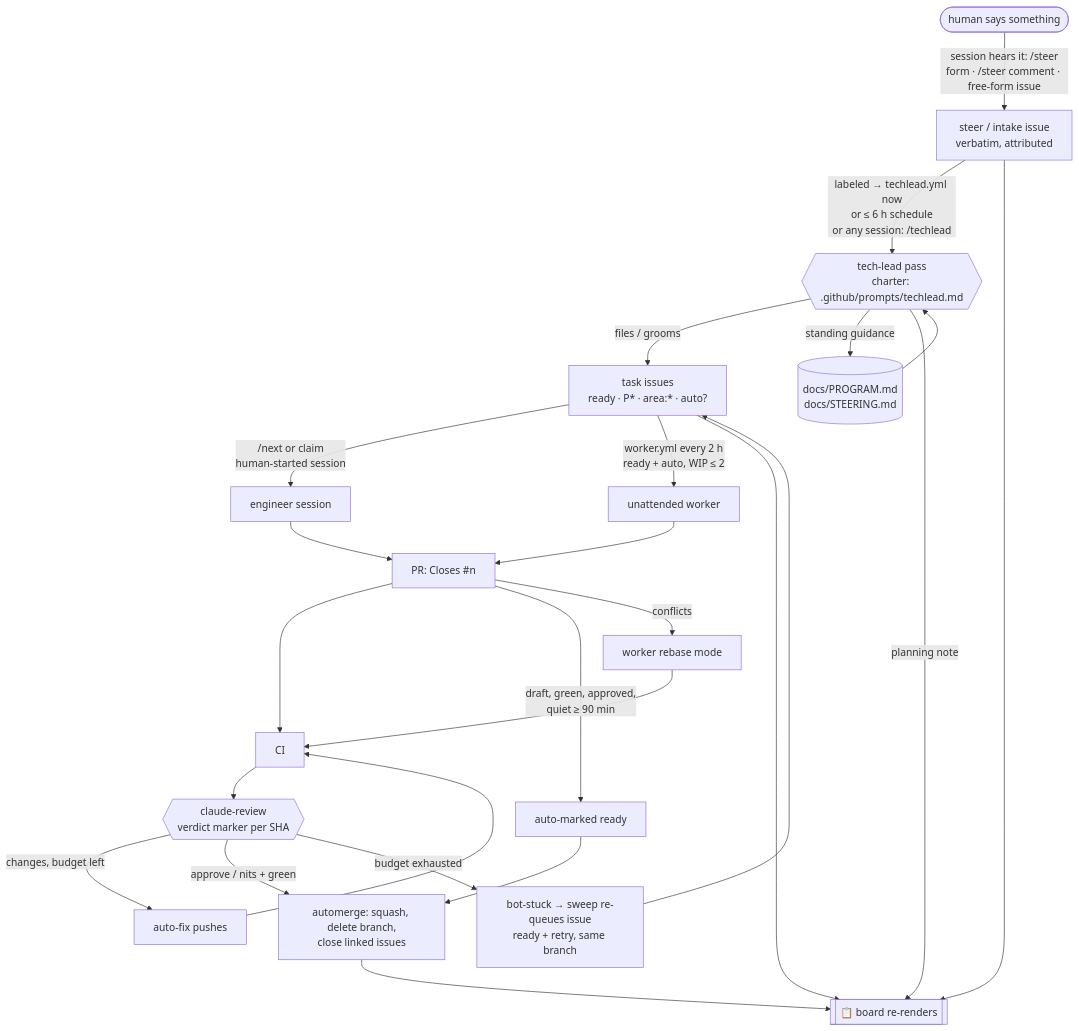
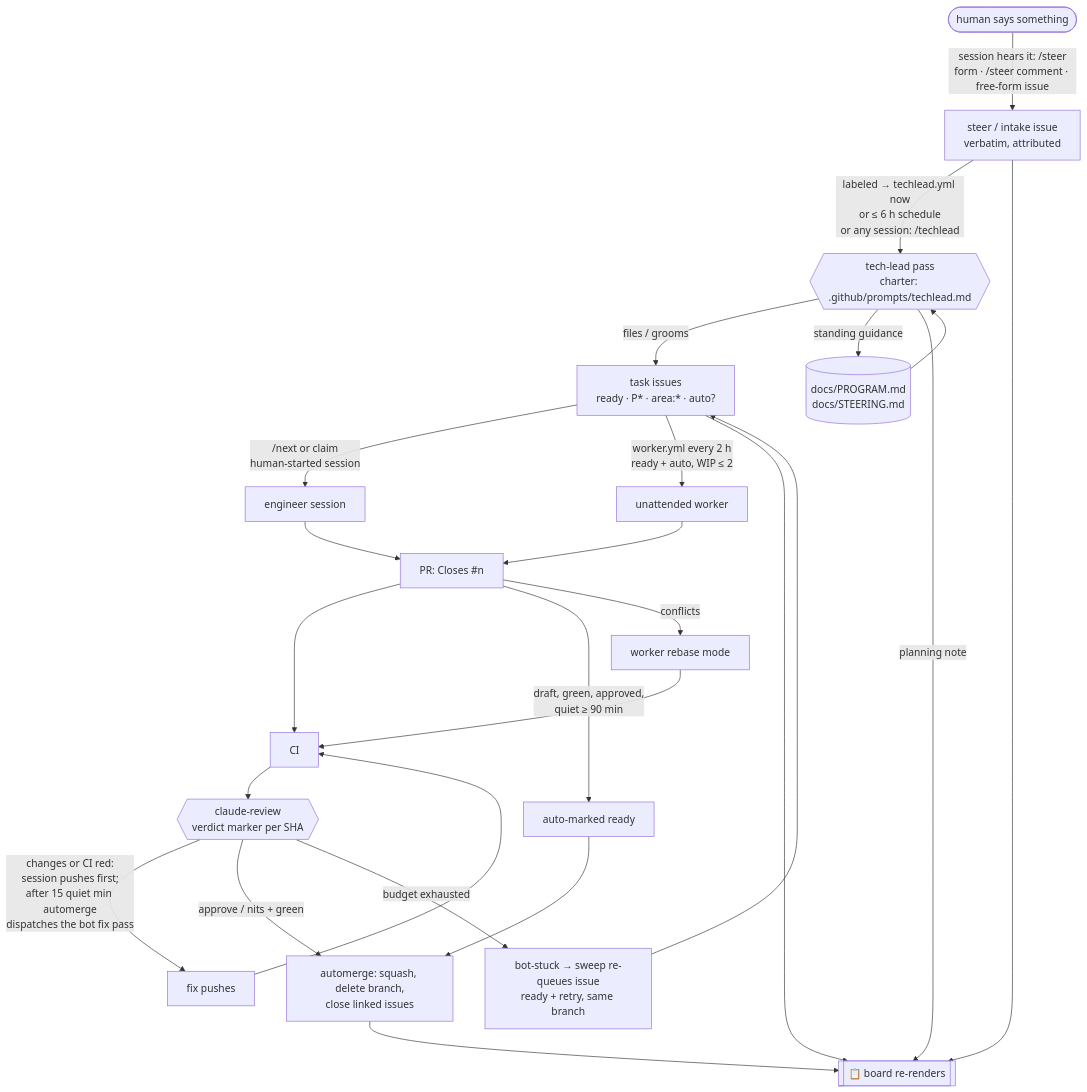
Before and after one commit to ckaragitz/tekton: the diagram in docs/process/AUTONOMY.md, drawn with Mermaid. The commit also changed other lines of this file and 8 other files, not shown here.

First line of the commit message:
Fix passes are dispatched after a grace window: a live session goes first, bots follow

````diff
--- a/docs/process/AUTONOMY.md
+++ b/docs/process/AUTONOMY.md
@@ -60,22 +60,22 @@
 ```mermaid
 flowchart TD
     H([human says something]) -->|session hears it: /steer<br/>form · /steer comment · free-form issue| S[steer / intake issue<br/>verbatim, attributed]
     S -->|labeled → techlead.yml now<br/>or ≤ 6 h schedule<br/>or any session: /techlead| T{{tech-lead pass<br/>charter: .github/prompts/techlead.md}}
     G[(docs/PROGRAM.md<br/>docs/STEERING.md)] --> T
     T -->|files / grooms| Q[task issues<br/>ready · P* · area:* · auto?]
     T -->|standing guidance| G
     T -->|planning note| B
     Q -->|/next or claim<br/>human-started session| E1[engineer session]
     Q -->|worker.yml every 2 h<br/>ready + auto, WIP ≤ 2| E2[unattended worker]
     E1 --> PR[PR: Closes #n]
     E2 --> PR
     PR --> CI[CI] --> R{{claude-review<br/>verdict marker per SHA}}
-    R -->|changes, budget left| F[auto-fix pushes] --> CI
+    R -->|changes or CI red:<br/>session pushes first;<br/>after 15 quiet min automerge<br/>dispatches the bot fix pass| F[fix pushes] --> CI
     R -->|approve / nits + green| M[automerge: squash, delete branch,<br/>close linked issues]
     R -->|budget exhausted| K[bot-stuck → sweep re-queues issue<br/>ready + retry, same branch] --> Q
     PR -->|draft, green, approved,<br/>quiet ≥ 90 min| RD[auto-marked ready] --> M
     PR -->|conflicts| RB[worker rebase mode] --> CI
     M --> B[[📋 board re-renders]]
     Q --> B
     S --> B
 ```
````
